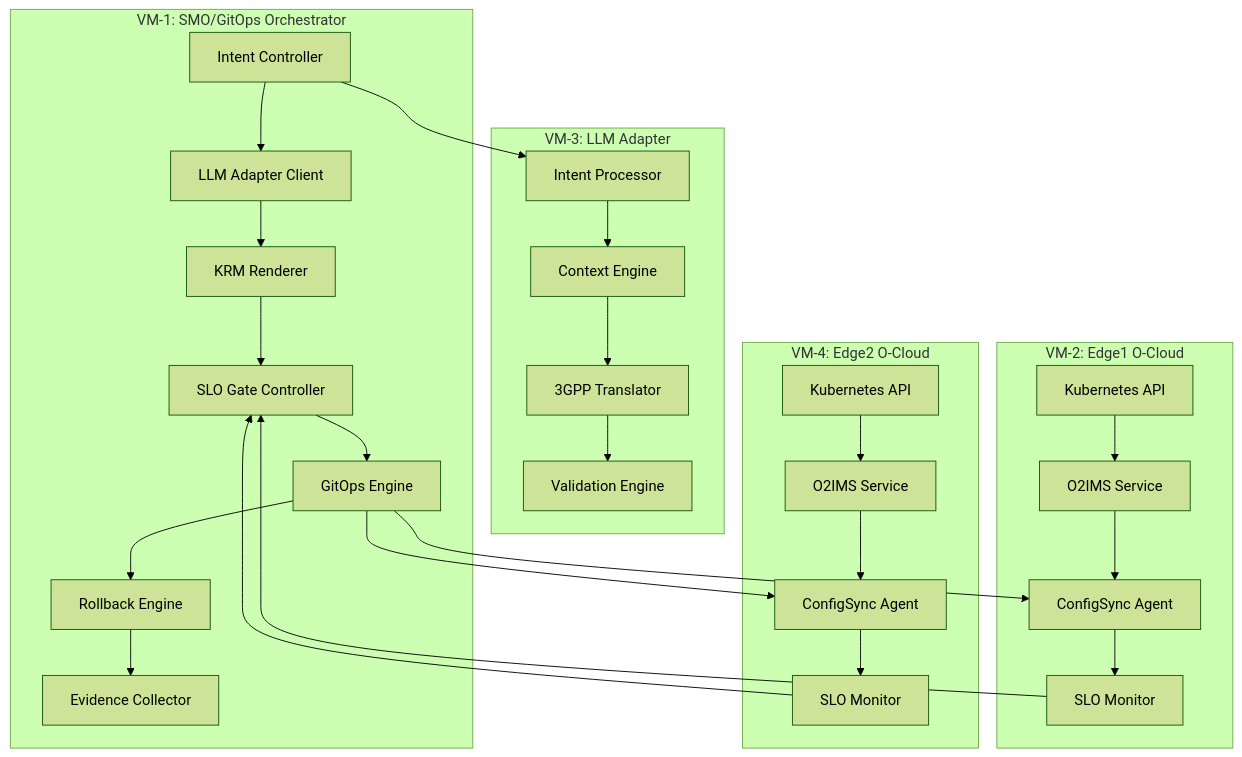
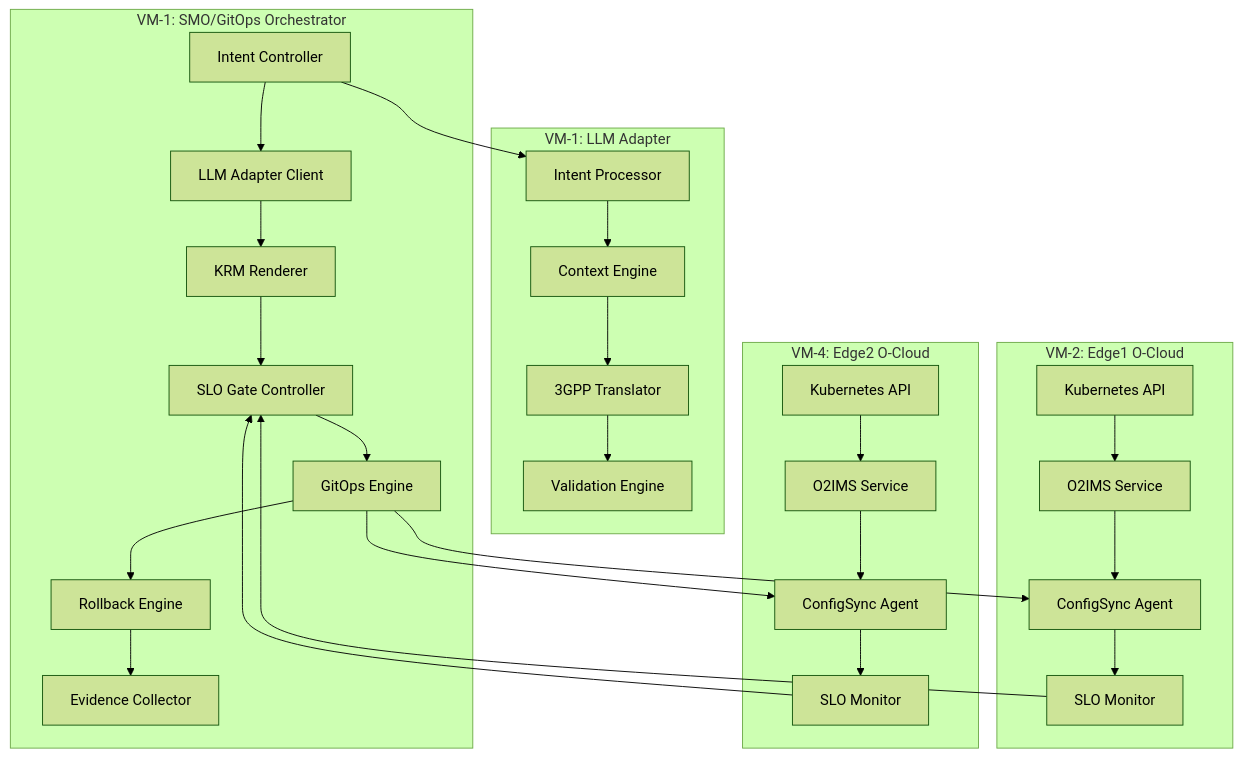
Before and after one commit to thc1006/nephio-intent-to-o2-demo: the first of 2 diagrams in docs/TECHNICAL_ARCHITECTURE.md, drawn with Mermaid (forest theme). The commit also changed other lines of this file and 708 other files, not shown here.

````diff
--- a/docs/TECHNICAL_ARCHITECTURE.md
+++ b/docs/TECHNICAL_ARCHITECTURE.md
@@ -9,35 +9,35 @@
 ```mermaid
 graph TB
     subgraph "VM-1: SMO/GitOps Orchestrator"
         A[Intent Controller] --> B[LLM Adapter Client]
         B --> C[KRM Renderer]
         C --> D[SLO Gate Controller]
         D --> E[GitOps Engine]
         E --> F[Rollback Engine]
         F --> G[Evidence Collector]
     end
 
-    subgraph "VM-3: LLM Adapter"
+    subgraph "VM-1: LLM Adapter"
         H[Intent Processor] --> I[Context Engine]
         I --> J[3GPP Translator]
         J --> K[Validation Engine]
     end
 
     subgraph "VM-2: Edge1 O-Cloud"
         L[Kubernetes API] --> M[O2IMS Service]
         M --> N[ConfigSync Agent]
         N --> O[SLO Monitor]
     end
 
     subgraph "VM-4: Edge2 O-Cloud"
         P[Kubernetes API] --> Q[O2IMS Service]
         Q --> R[ConfigSync Agent]
         R --> S[SLO Monitor]
     end
 
     A --> H
     E --> N
     E --> R
     O --> D
     S --> D
 ```
````
